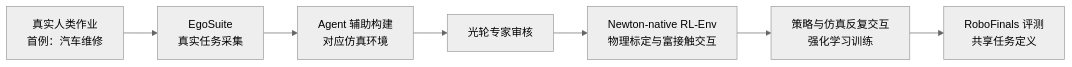
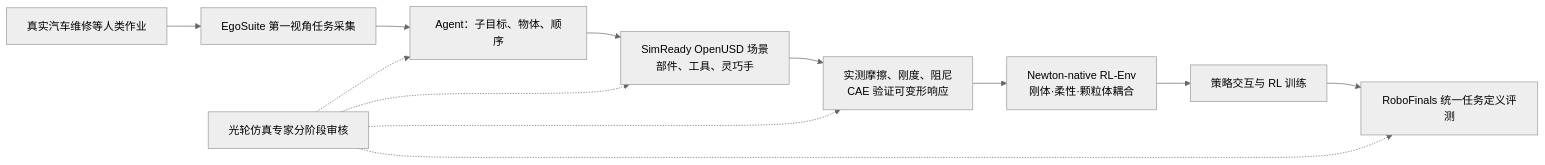
One commit to ImChong/Robotics_Notebooks changed the diagram in wiki/entities/lightwheel-robofinals-rl-env.md. Above: the diagram before and after it, drawn with Mermaid (neutral theme). The commit also changed other lines of this file, not shown here.

Commit message:
[2026-11-14] ingest | wiki/entities/lightwheel-robofinals-rl-env.md — 按官方完整技术页补全 Real2Sim、CAE、Newton 与专家审核流程

````diff
--- a/wiki/entities/lightwheel-robofinals-rl-env.md
+++ b/wiki/entities/lightwheel-robofinals-rl-env.md
@@ -70,9 +86,14 @@
 ```mermaid
 flowchart LR
-  REAL["真实人类作业<br/>首例：汽车维修"] --> EGO["EgoSuite<br/>真实任务采集"]
-  EGO --> AGENT["Agent 辅助构建<br/>对应仿真环境"]
-  AGENT --> REVIEW["光轮专家审核"]
-  REVIEW --> ENV["Newton-native RL-Env<br/>物理标定与富接触交互"]
-  ENV --> TRAIN["策略与仿真反复交互<br/>强化学习训练"]
-  TRAIN --> EVAL["RoboFinals 评测<br/>共享任务定义"]
+  REAL["真实汽车维修等人类作业"] --> EGO["EgoSuite 第一视角任务采集"]
+  EGO --> PARSE["Agent：子目标、物体、顺序"]
+  PARSE --> SCENE["SimReady OpenUSD 场景<br/>部件、工具、灵巧手"]
+  SCENE --> CAL["实测摩擦、刚度、阻尼<br/>CAE 验证可变形响应"]
+  CAL --> ENV["Newton-native RL-Env<br/>刚体·柔性·颗粒体耦合"]
+  ENV --> TRAIN["策略交互与 RL 训练"]
+  TRAIN --> EVAL["RoboFinals 统一任务定义评测"]
+  EXPERT["光轮仿真专家分阶段审核"] -.-> PARSE
+  EXPERT -.-> SCENE
+  EXPERT -.-> CAL
+  EXPERT -.-> EVAL
 ```
````
